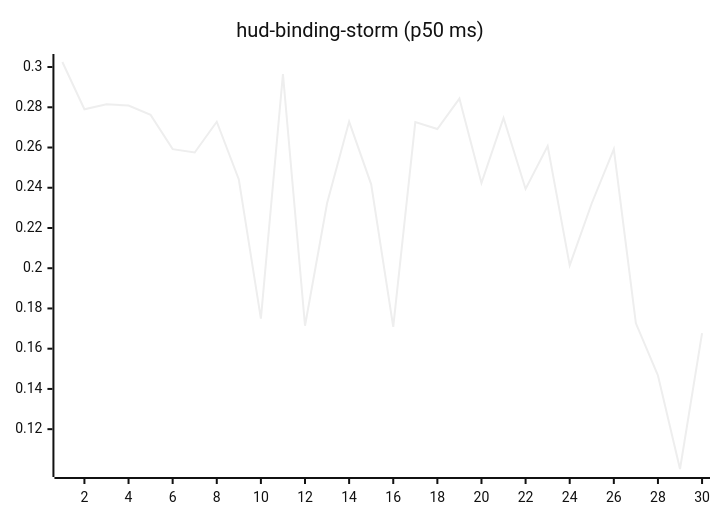
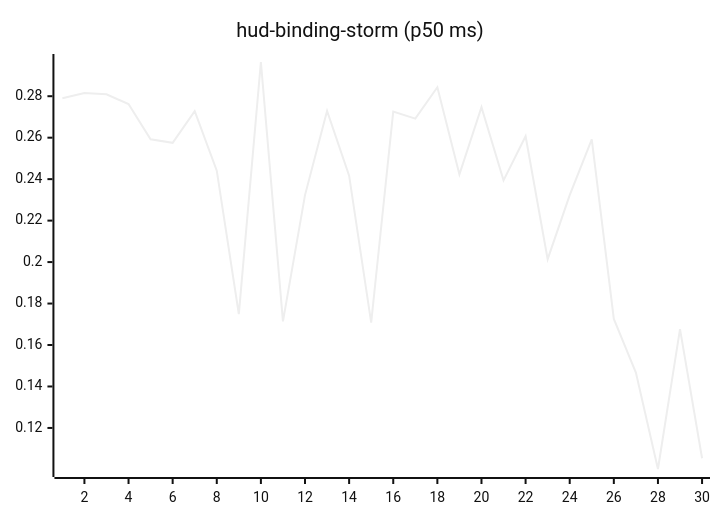
Before and after one commit to josha/Facet: the tenth of 27 diagrams in README.md, drawn with Mermaid (neutral theme). The commit also changed other lines of this file and 2 other files, not shown here.

````diff
--- a/README.md
+++ b/README.md
@@ -126,6 +126,6 @@
 ```mermaid
 xychart-beta
     title "hud-binding-storm (p50 ms)"
     x-axis 1 --> 30
-    line [0.3025, 0.2790, 0.2815, 0.2809, 0.2762, 0.2592, 0.2575, 0.2728, 0.2441, 0.1749, 0.2965, 0.1714, 0.2323, 0.2729, 0.2417, 0.1708, 0.2726, 0.2692, 0.2843, 0.2423, 0.2747, 0.2394, 0.2607, 0.2014, 0.2323, 0.2592, 0.1726, 0.1467, 0.1002, 0.1677]
+    line [0.2790, 0.2815, 0.2809, 0.2762, 0.2592, 0.2575, 0.2728, 0.2441, 0.1749, 0.2965, 0.1714, 0.2323, 0.2729, 0.2417, 0.1708, 0.2726, 0.2692, 0.2843, 0.2423, 0.2747, 0.2394, 0.2607, 0.2014, 0.2323, 0.2592, 0.1726, 0.1467, 0.1002, 0.1677, 0.1054]
 ```
````
